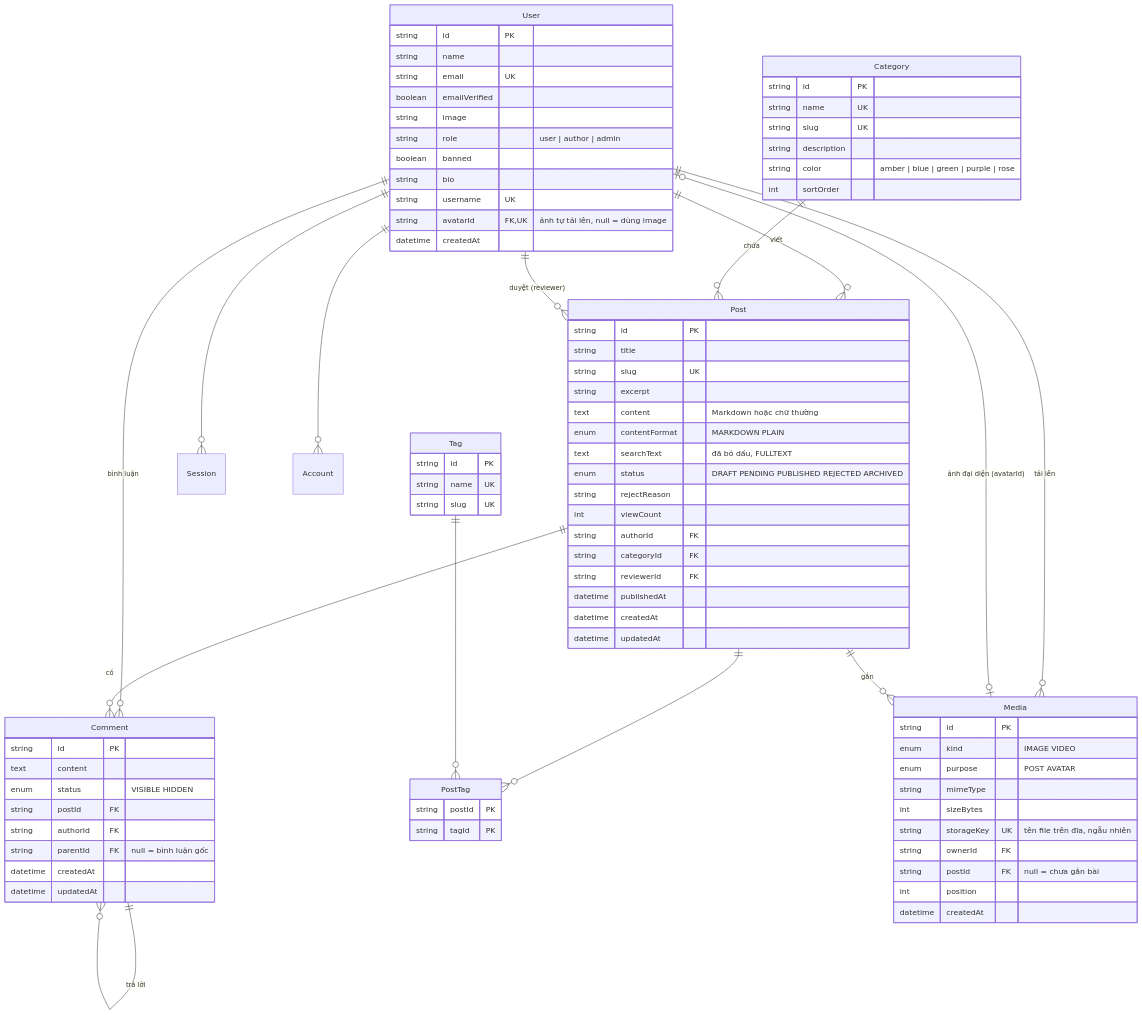
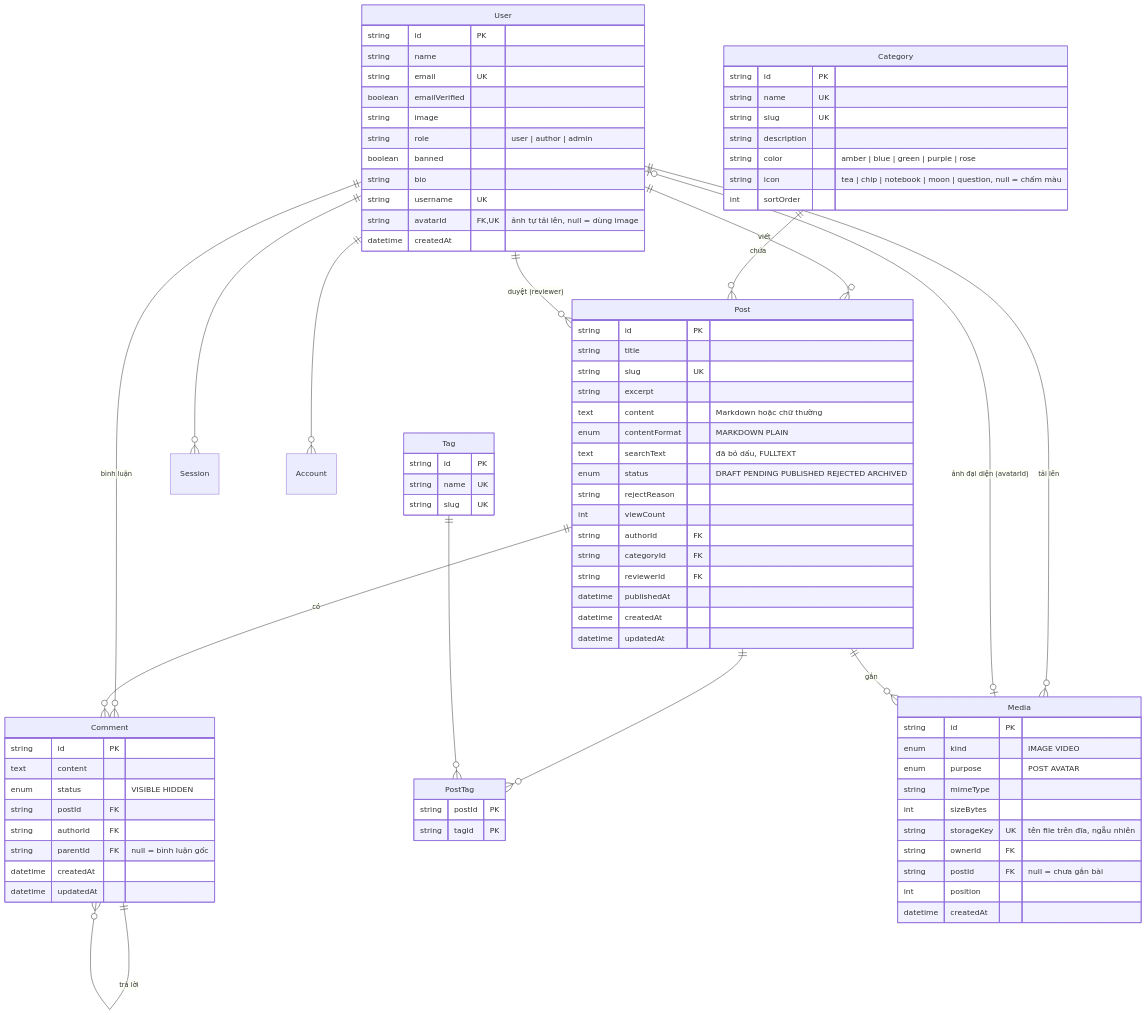
One commit to HNgTruc/Xom-Nho changed the diagram in docs/co-so-du-lieu.md. Above: the diagram before and after it, drawn with Mermaid. The commit also changed 11 other files, not shown here.

```diff
--- a/docs/co-so-du-lieu.md
+++ b/docs/co-so-du-lieu.md
@@ -69,6 +69,7 @@
     string slug UK
     string description
     string color "amber | blue | green | purple | rose"
+    string icon "tea | chip | notebook | moon | question, null = chấm màu"
     int sortOrder
   }
   Tag {
```
